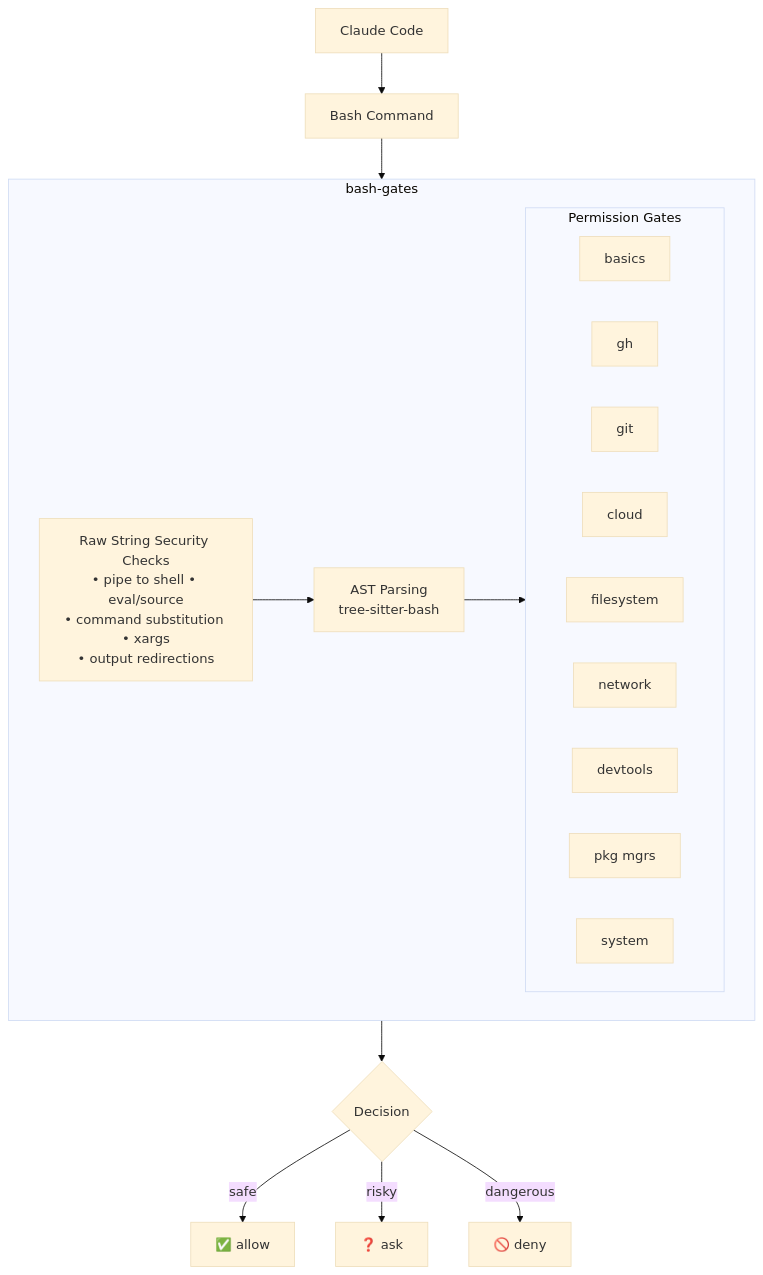
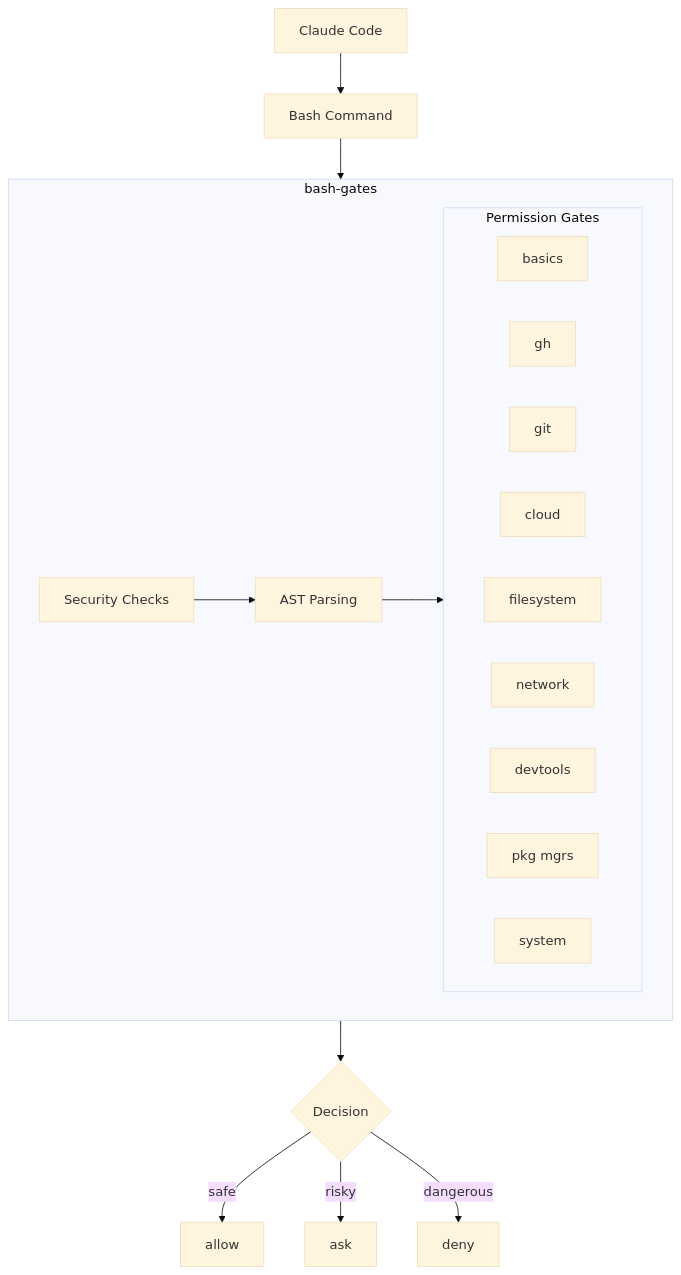
Before and after one commit to camjac251/bash-gates: the diagram in README.md, drawn with Mermaid (base theme). The commit also changed other lines of this file, not shown here.

````diff
--- a/README.md
+++ b/README.md
@@ -20,29 +35,29 @@
 ```mermaid
 flowchart TD
     CC[Claude Code] --> CMD[Bash Command]
     CMD --> BG
 
     subgraph BG [bash-gates]
-        SEC[Raw String Security Checks<br/>• pipe to shell • eval/source<br/>• command substitution • xargs<br/>• output redirections]
-        SEC --> AST[AST Parsing<br/>tree-sitter-bash]
+        SEC[Security Checks]
+        SEC --> AST[AST Parsing]
         AST --> GATES
 
         subgraph GATES [Permission Gates]
             direction LR
             G1[basics]
             G2[gh]
             G3[git]
             G4[cloud]
             G5[filesystem]
             G6[network]
             G7[devtools]
             G8[pkg mgrs]
             G9[system]
         end
     end
 
     BG --> DECISION{Decision}
-    DECISION -->|safe| ALLOW[✅ allow]
-    DECISION -->|risky| ASK[❓ ask]
-    DECISION -->|dangerous| DENY[🚫 deny]
+    DECISION -->|safe| ALLOW[allow]
+    DECISION -->|risky| ASK[ask]
+    DECISION -->|dangerous| DENY[deny]
 ```
````
